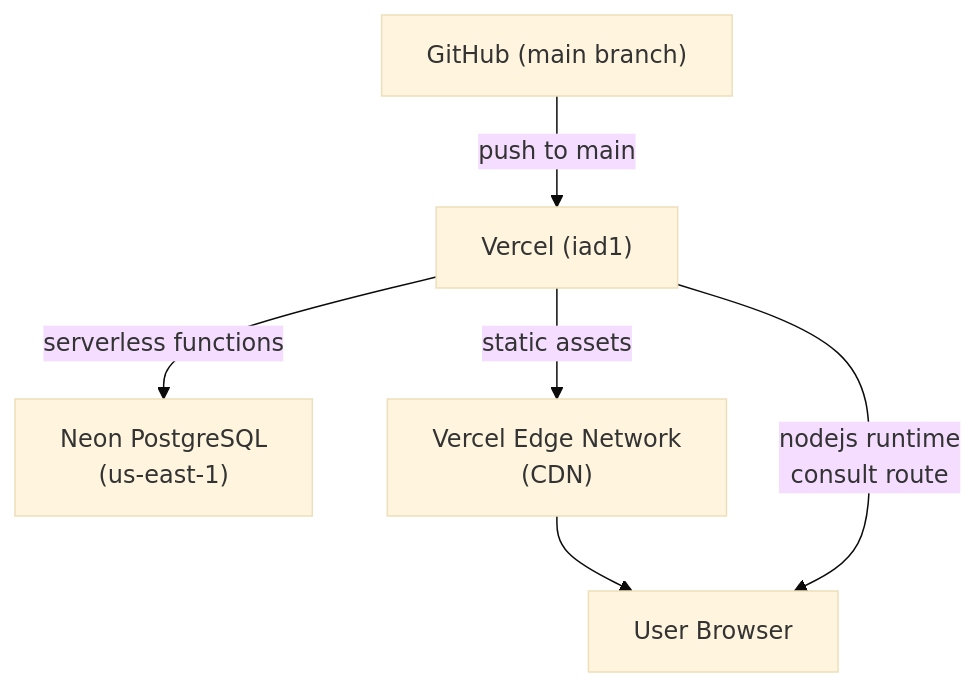
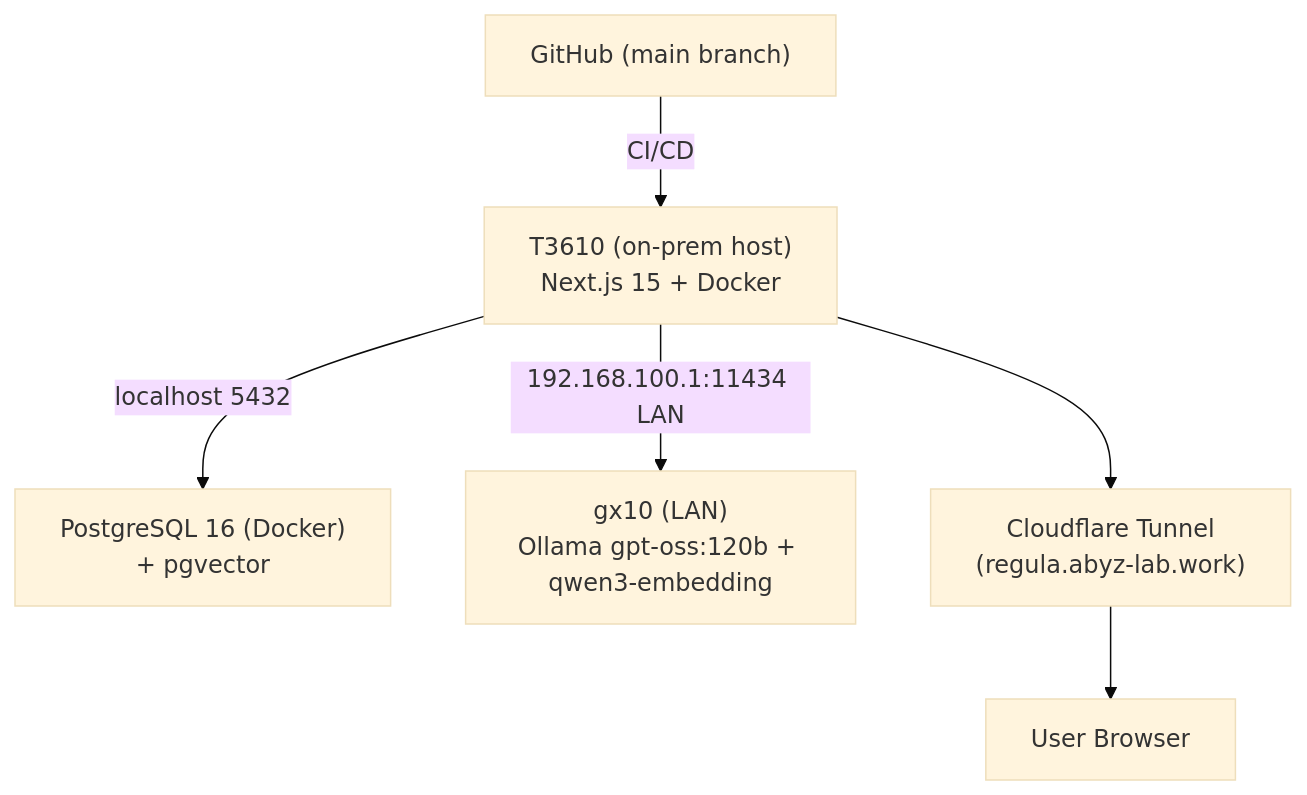
The seventh of 7 diagrams in docs/architecture.md (holee9/ra-med-bot), drawn with Mermaid (base theme) before and after one commit. The commit also changed other lines of this file, not shown here.

First line of the commit message:
docs(architecture): stale 인프라 서술 정정 — Vercel/Neon/Anthropic/OpenAI → gx10 온프레미스 (#529)

````diff
--- a/docs/architecture.md
+++ b/docs/architecture.md
@@ -361,14 +370,15 @@
 ```mermaid
 graph TD
     GitHub["GitHub (main branch)"]
-    Vercel["Vercel (iad1)"]
-    Neon["Neon PostgreSQL\n(us-east-1)"]
-    CDN["Vercel Edge Network\n(CDN)"]
+    T3610["T3610 (on-prem host)\nNext.js 15 + Docker"]
+    PG["PostgreSQL 16 (Docker)\n+ pgvector"]
+    GX10["gx10 (LAN)\nOllama gpt-oss:120b + qwen3-embedding"]
+    Tunnel["Cloudflare Tunnel\n(regula.abyz-lab.work)"]
     Browser["User Browser"]
 
-    GitHub -->|push to main| Vercel
-    Vercel -->|serverless functions| Neon
-    Vercel -->|static assets| CDN
-    CDN --> Browser
-    Vercel -->|nodejs runtime\nconsult route| Browser
+    GitHub -->|CI/CD| T3610
+    T3610 -->|localhost 5432| PG
+    T3610 -->|192.168.100.1:11434 LAN| GX10
+    T3610 --> Tunnel
+    Tunnel --> Browser
 ```
````
